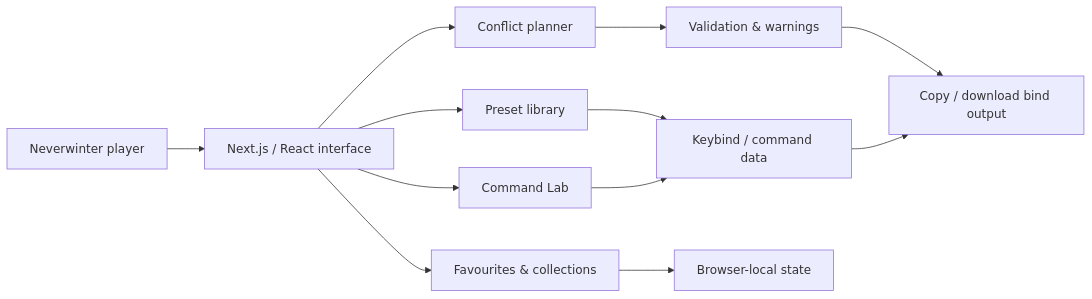
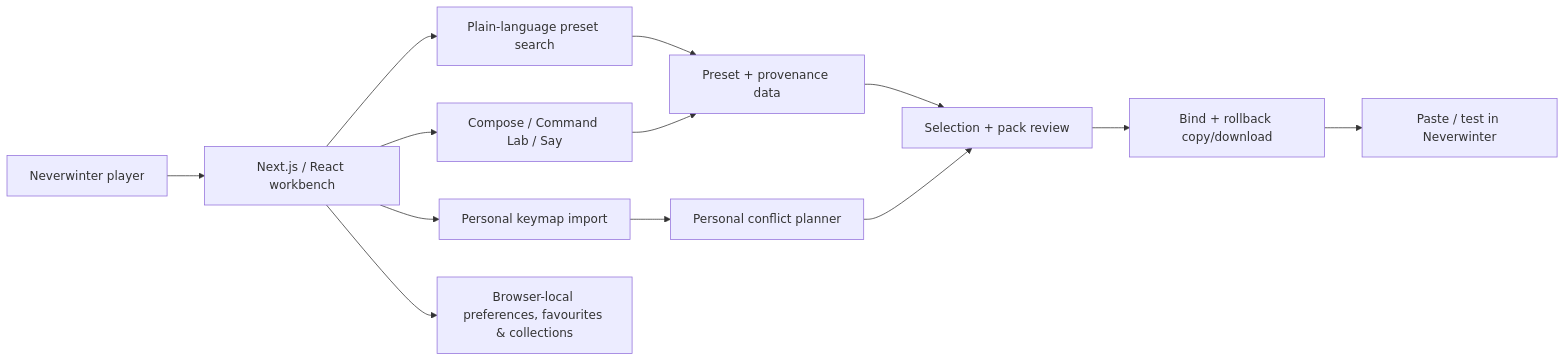
One commit to Nischhalsubba/BindForge-NW changed the first of 3 diagrams in README.md. Above: the diagram before and after it, drawn with Mermaid. The commit also changed other lines of this file, not shown here.

Commit message:
Refresh product README for the completed workbench

````diff
--- a/README.md
+++ b/README.md
@@ -29,14 +45,15 @@
 ```mermaid
 flowchart LR
-    PLAYER["Neverwinter player"] --> UI["Next.js / React interface"]
-    UI --> PRESETS["Preset library"]
-    UI --> LAB["Command Lab"]
-    UI --> PLANNER["Conflict planner"]
-    UI --> COLLECTIONS["Favourites & collections"]
-    PRESETS --> CATALOG["Keybind / command data"]
-    LAB --> CATALOG
-    PLANNER --> VALIDATE["Validation & warnings"]
-    COLLECTIONS --> LOCAL["Browser-local state"]
-    VALIDATE --> EXPORT["Copy / download bind output"]
-    CATALOG --> EXPORT
+    PLAYER["Neverwinter player"] --> UI["Next.js / React workbench"]
+    UI --> SEARCH["Plain-language preset search"]
+    UI --> BUILD["Compose / Command Lab / Say"]
+    UI --> KEYMAP["Personal keymap import"]
+    SEARCH --> CATALOG["Preset + provenance data"]
+    BUILD --> CATALOG
+    KEYMAP --> CONFLICTS["Personal conflict planner"]
+    CATALOG --> REVIEW["Selection + pack review"]
+    CONFLICTS --> REVIEW
+    REVIEW --> EXPORT["Bind + rollback copy/download"]
+    UI --> LOCAL["Browser-local preferences, favourites & collections"]
+    EXPORT --> GAME["Paste / test in Neverwinter"]
 ```
````
